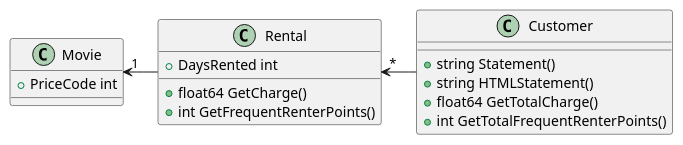
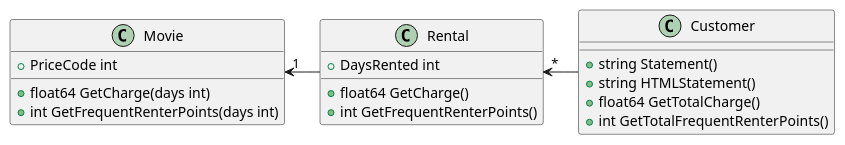
Before and after one commit to LiuPai/refactoring: the diagram in VideoStore/diagram/class.puml, drawn with PlantUML. The commit also changed 2 other files, not shown here.

```diff
--- a/VideoStore/diagram/class.puml
+++ b/VideoStore/diagram/class.puml
@@ -1,16 +1,18 @@
 class Movie {
 + PriceCode int
++ float64 GetCharge(days int)
++ int GetFrequentRenterPoints(days int)
 }
 class Rental {
 + DaysRented int
 + float64 GetCharge()
 + int GetFrequentRenterPoints()
 }
 class Customer {
 + string Statement()
 + string HTMLStatement()
 + float64 GetTotalCharge()
 + int GetTotalFrequentRenterPoints()
 }
 Customer -l-> "*" Rental
 Rental -l-> "1" Movie
```
